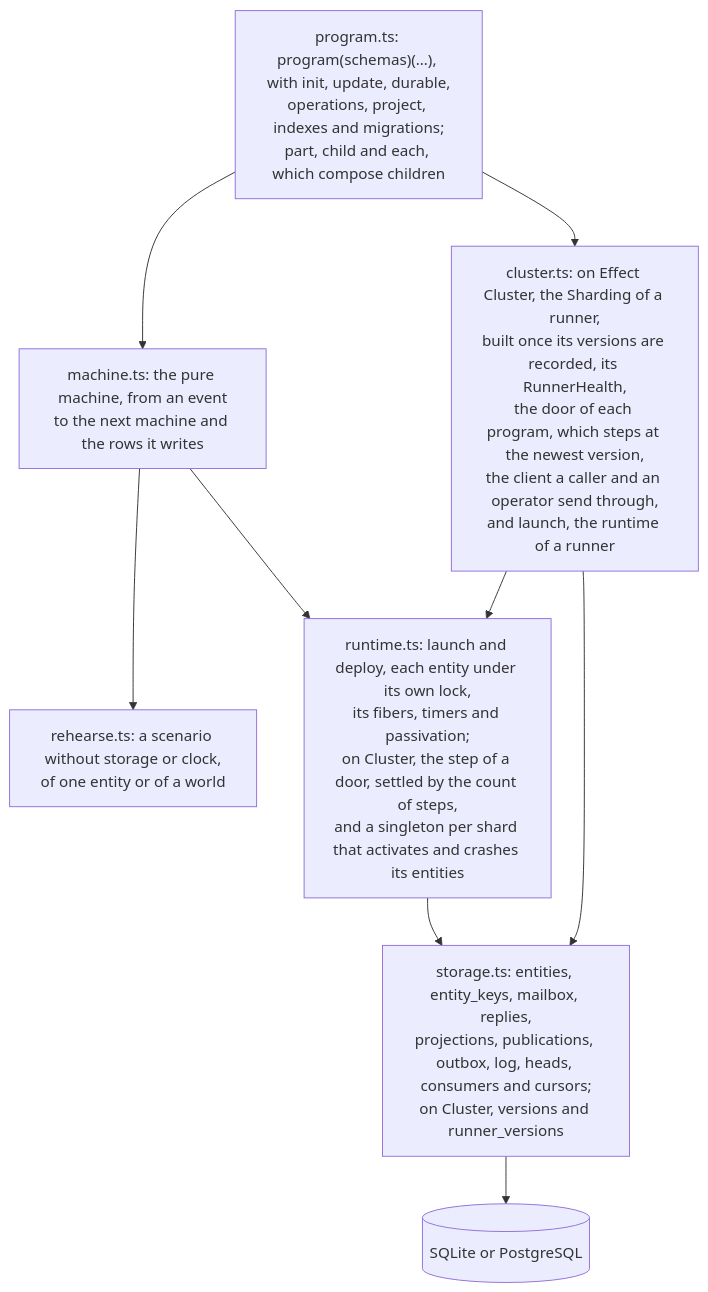
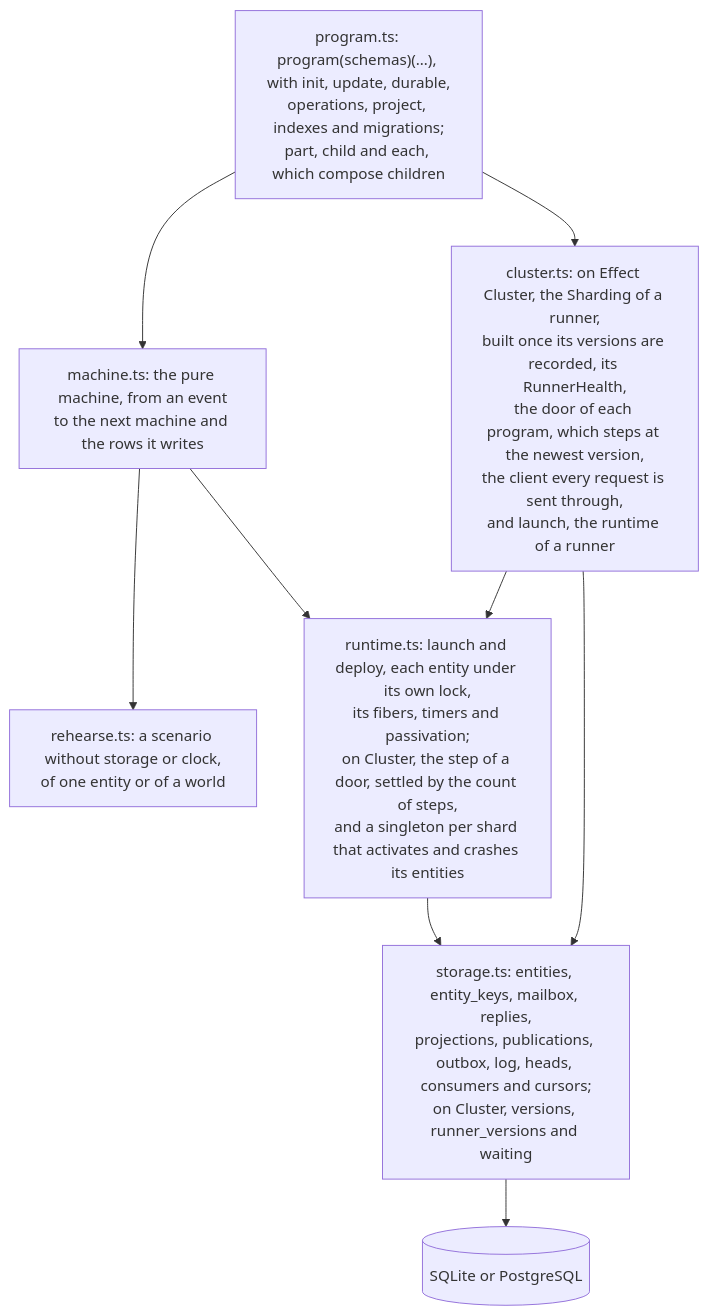
The second of 2 diagrams in README.md (fgaudo/effect-tea-durable), drawn with Mermaid before and after one commit. The commit also changed 11 other files, not shown here.

Commit message:
cluster: send an operation's requests through the door, woken by Resumed

````diff
--- a/README.md
+++ b/README.md
@@ -88,19 +88,19 @@
 ```mermaid
 flowchart TB
   program["program.ts: program(schemas)(…), with init, update, durable,<br/>operations, project, indexes and migrations;<br/>part, child and each, which compose children"]
   machine["machine.ts: the pure machine, from an event<br/>to the next machine and the rows it writes"]
   rehearse["rehearse.ts: a scenario without storage or clock,<br/>of one entity or of a world"]
   runtime["runtime.ts: launch and deploy, each entity under its own lock,<br/>its fibers, timers and passivation;<br/>on Cluster, the step of a door, settled by the count of steps,<br/>and a singleton per shard that activates and crashes its entities"]
-  cluster["cluster.ts: on Effect Cluster, the Sharding of a runner,<br/>built once its versions are recorded, its RunnerHealth,<br/>the door of each program, which steps at the newest version,<br/>the client a caller and an operator send through,<br/>and launch, the runtime of a runner"]
-  storage["storage.ts: entities, entity_keys, mailbox, replies,<br/>projections, publications, outbox, log, heads, consumers and cursors;<br/>on Cluster, versions and runner_versions"]
+  cluster["cluster.ts: on Effect Cluster, the Sharding of a runner,<br/>built once its versions are recorded, its RunnerHealth,<br/>the door of each program, which steps at the newest version,<br/>the client every request is sent through,<br/>and launch, the runtime of a runner"]
+  storage["storage.ts: entities, entity_keys, mailbox, replies,<br/>projections, publications, outbox, log, heads, consumers and cursors;<br/>on Cluster, versions, runner_versions and waiting"]
   db[(SQLite or PostgreSQL)]
 
   program --> machine
   machine --> rehearse
   machine --> runtime
   program --> cluster
   runtime --> storage
   cluster --> runtime
   cluster --> storage
   storage --> db
 ```
````
